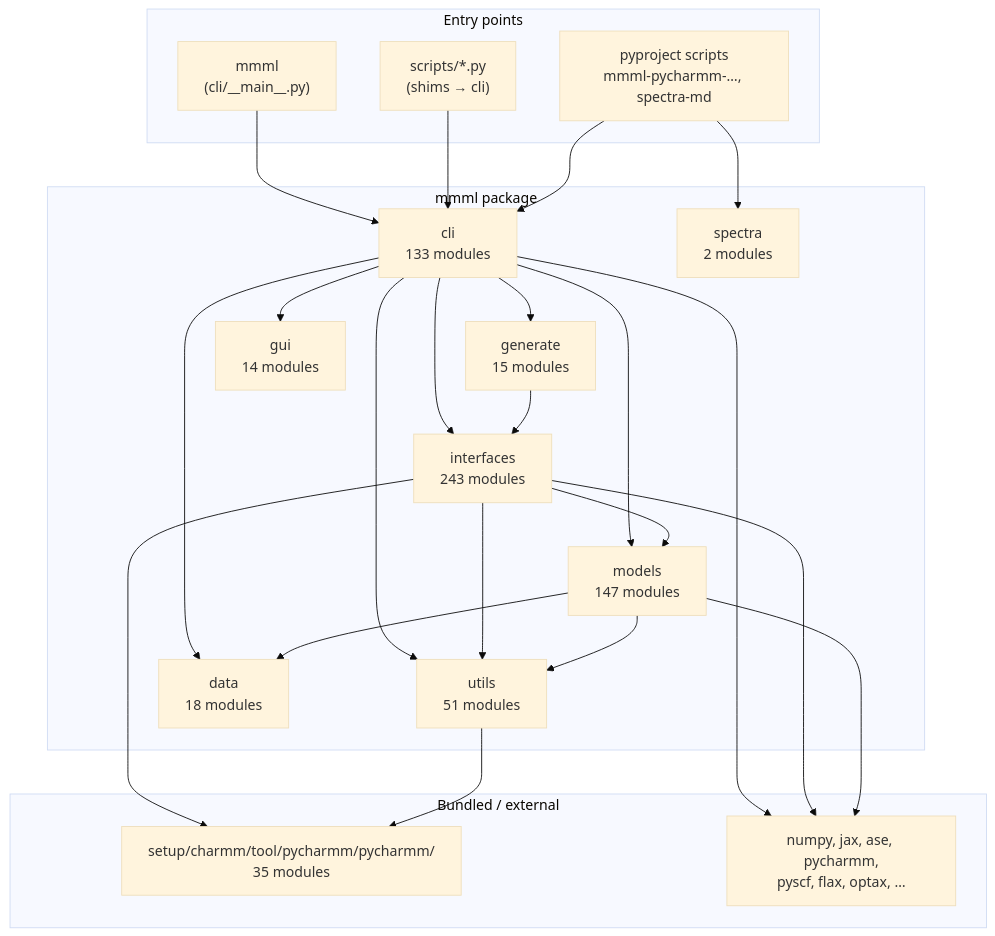
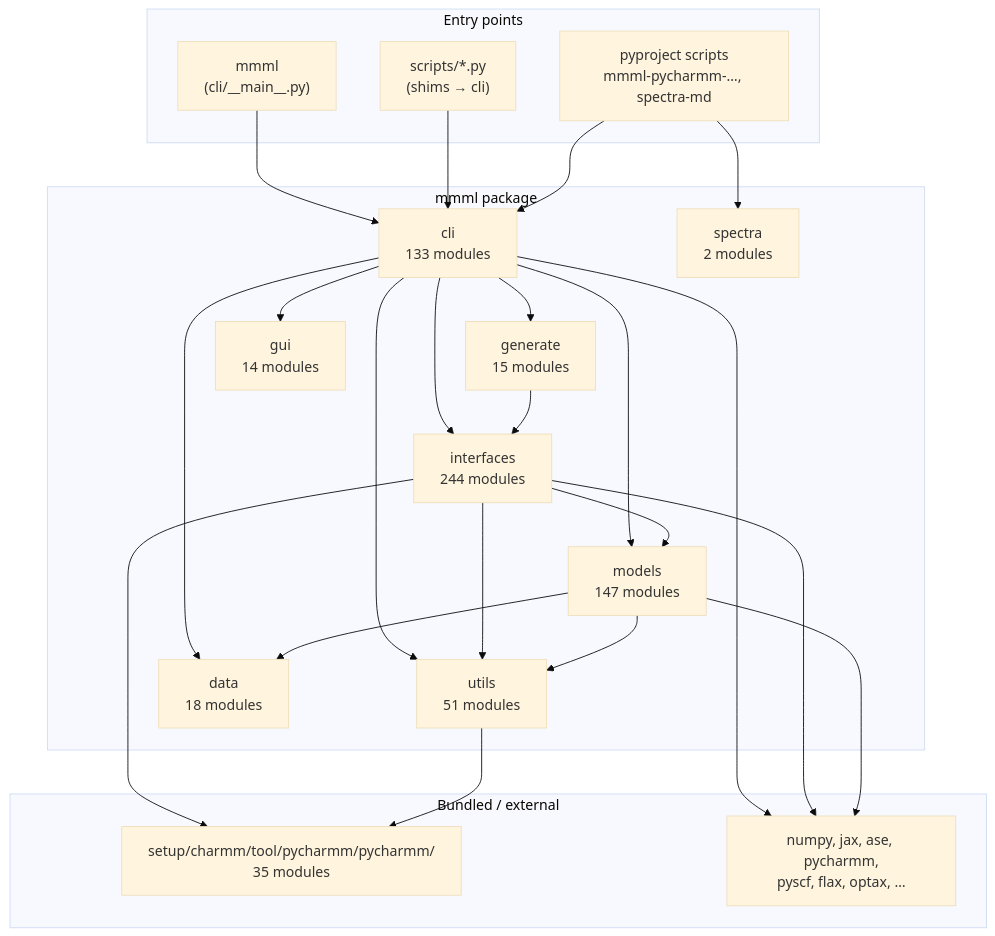
Before and after one commit to EricBoittier/mmml: the first of 8 diagrams in docs/package-architecture.md, drawn with Mermaid (base theme). The commit also changed 10 other files, not shown here.

````diff
--- a/docs/package-architecture.md
+++ b/docs/package-architecture.md
@@ -13,48 +13,48 @@
 ```mermaid
 flowchart TB
   subgraph entry["Entry points"]
     MMML["mmml\n(cli/__main__.py)"]
     SCRIPTS["scripts/*.py\n(shims → cli)"]
     PKG["pyproject scripts\nmmml-pycharmm-…, spectra-md"]
   end
 
   subgraph mmml_pkg["mmml package"]
     CLI["cli\n133 modules"]
-    IFACE["interfaces\n243 modules"]
+    IFACE["interfaces\n244 modules"]
     MODELS["models\n147 modules"]
     UTILS["utils\n51 modules"]
     DATA["data\n18 modules"]
     GEN["generate\n15 modules"]
     GUI["gui\n14 modules"]
     SPEC["spectra\n2 modules"]
   end
 
   subgraph vendor["Bundled / external"]
     PYCH["setup/charmm/tool/pycharmm/pycharmm/\n35 modules"]
     EXT["numpy, jax, ase, pycharmm,\npyscf, flax, optax, …"]
   end
 
   MMML --> CLI
   SCRIPTS --> CLI
   PKG --> CLI
   PKG --> SPEC
 
   CLI --> IFACE
   CLI --> MODELS
   CLI --> DATA
   CLI --> UTILS
   CLI --> GEN
   CLI --> GUI
 
   IFACE --> MODELS
   IFACE --> UTILS
   IFACE --> PYCH
   MODELS --> UTILS
   MODELS --> DATA
   UTILS --> PYCH
   GEN --> IFACE
 
   CLI --> EXT
   IFACE --> EXT
   MODELS --> EXT
 ```
````
